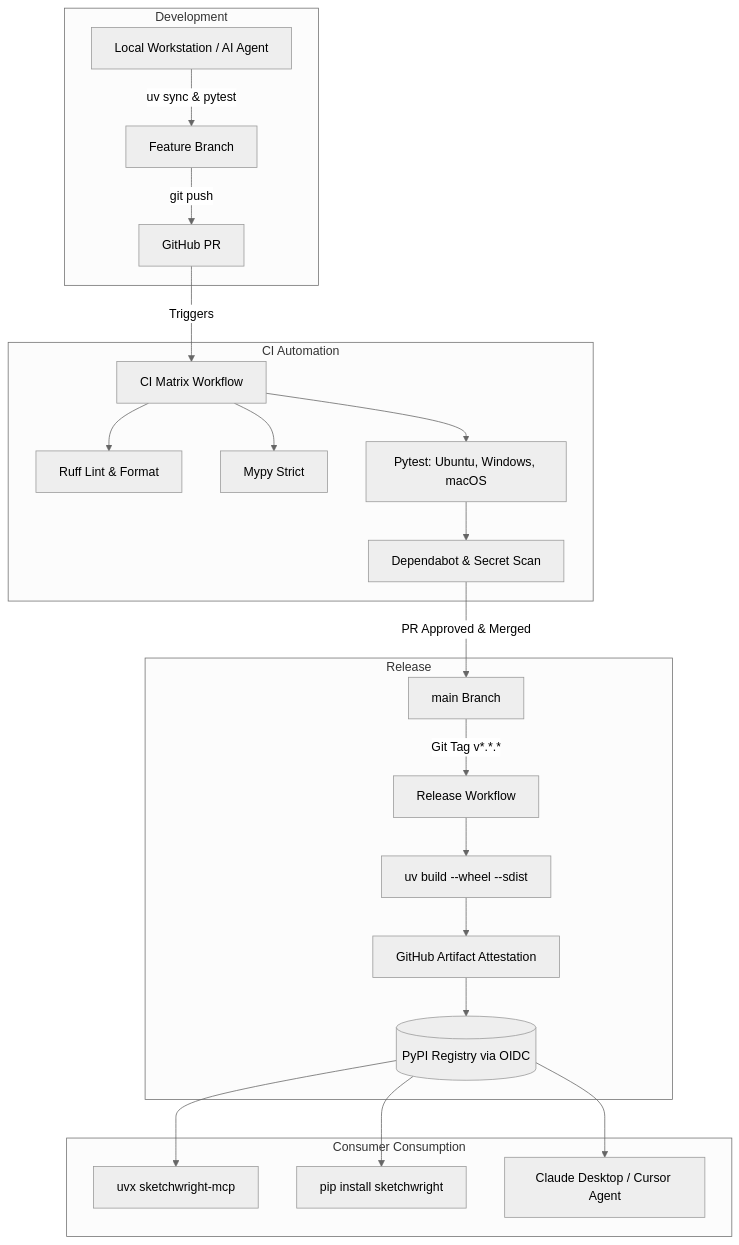
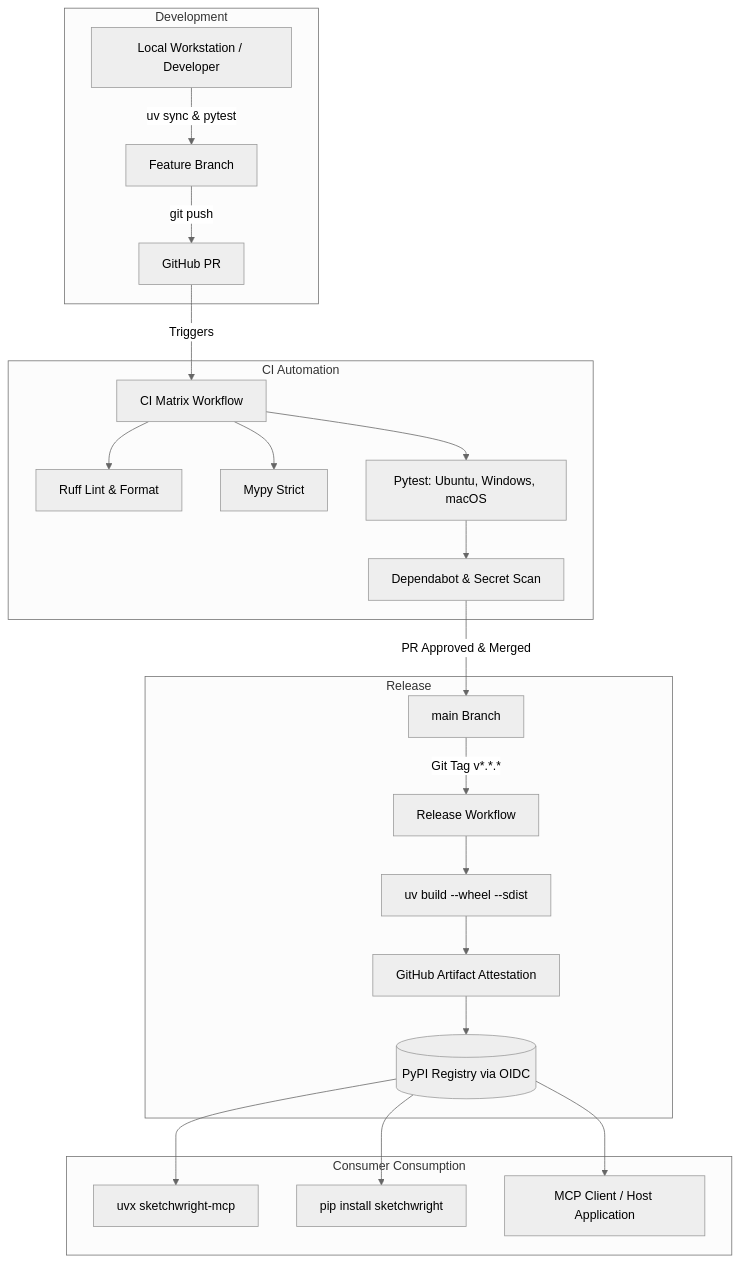
Before and after one commit to themanoj-025/sketchwright-mcp: the diagram in docs/guides/Deployment.md, drawn with Mermaid (neutral theme). The commit also changed other lines of this file and 21 other files, not shown here.

````diff
--- a/docs/guides/Deployment.md
+++ b/docs/guides/Deployment.md
@@ -13,29 +13,29 @@
 ```mermaid
 flowchart TD
     subgraph Development
-        Dev[Local Workstation / AI Agent] -->|uv sync & pytest| Branch[Feature Branch]
+        Dev[Local Workstation / Developer] -->|uv sync & pytest| Branch[Feature Branch]
         Branch -->|git push| GH[GitHub PR]
     end
 
     subgraph CI Automation
         GH -->|Triggers| CI[CI Matrix Workflow]
         CI --> Linter[Ruff Lint & Format]
         CI --> Typer[Mypy Strict]
         CI --> TestMatrix[Pytest: Ubuntu, Windows, macOS]
         TestMatrix --> SecurityScan[Dependabot & Secret Scan]
     end
 
     subgraph Release
         SecurityScan -->|PR Approved & Merged| Main[main Branch]
         Main -->|Git Tag v*.*.*| ReleaseWF[Release Workflow]
         ReleaseWF --> Build[uv build --wheel --sdist]
         Build --> Attest[GitHub Artifact Attestation]
         Attest --> PyPI[(PyPI Registry via OIDC)]
     end
 
     subgraph Consumer Consumption
         PyPI --> UVX[uvx sketchwright-mcp]
         PyPI --> PIP[pip install sketchwright]
-        PyPI --> MCPClient[Claude Desktop / Cursor Agent]
+        PyPI --> MCPClient[MCP Client / Host Application]
     end
 ```
````
